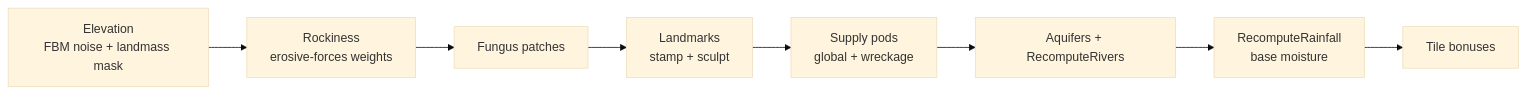
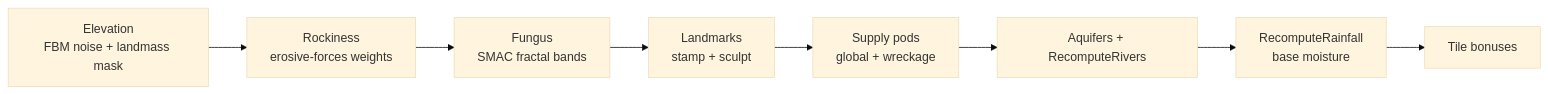
The second of 2 diagrams in docs/architecture/map-system.md (kilianloftis/alpha-centauri), drawn with Mermaid (base theme) before and after one commit. The commit also changed other lines of this file and 25 other files, not shown here.

````diff
--- a/docs/architecture/map-system.md
+++ b/docs/architecture/map-system.md
@@ -184,10 +184,10 @@
 ```mermaid
 graph LR
     Elevation[Elevation<br/>FBM noise + landmass mask] --> Rockiness[Rockiness<br/>erosive-forces weights]
-    Rockiness --> Fungus[Fungus patches]
+    Rockiness --> Fungus[Fungus<br/>SMAC fractal bands]
     Fungus --> Landmarks[Landmarks<br/>stamp + sculpt]
     Landmarks --> SupplyPods[Supply pods<br/>global + wreckage]
     SupplyPods --> Rivers[Aquifers + RecomputeRivers]
     Rivers --> Rainfall[RecomputeRainfall<br/>base moisture]
     Rainfall --> Bonuses[Tile bonuses]
 ```
````
